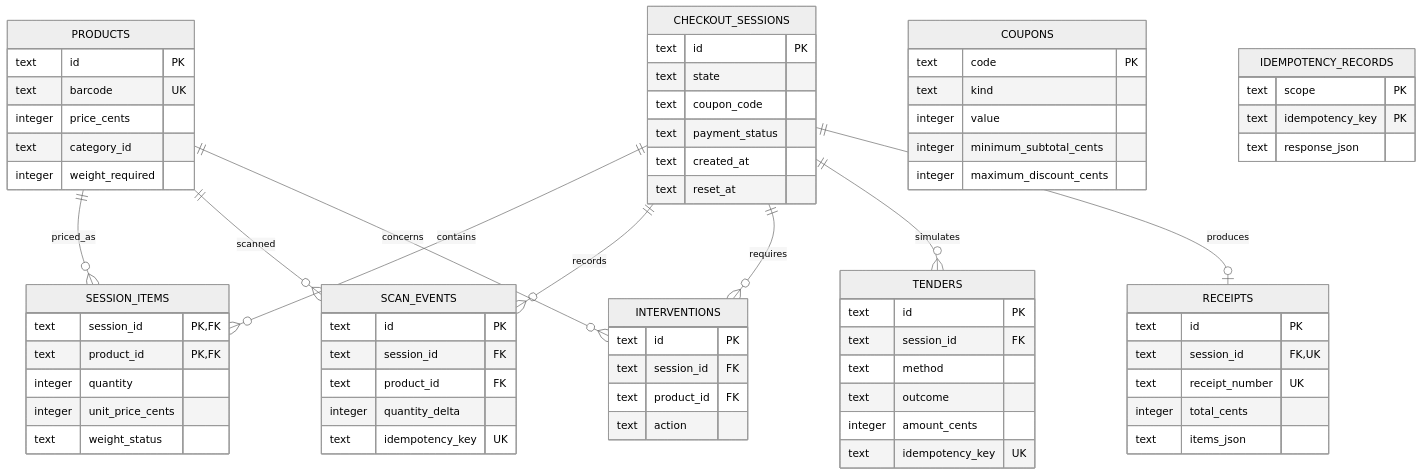
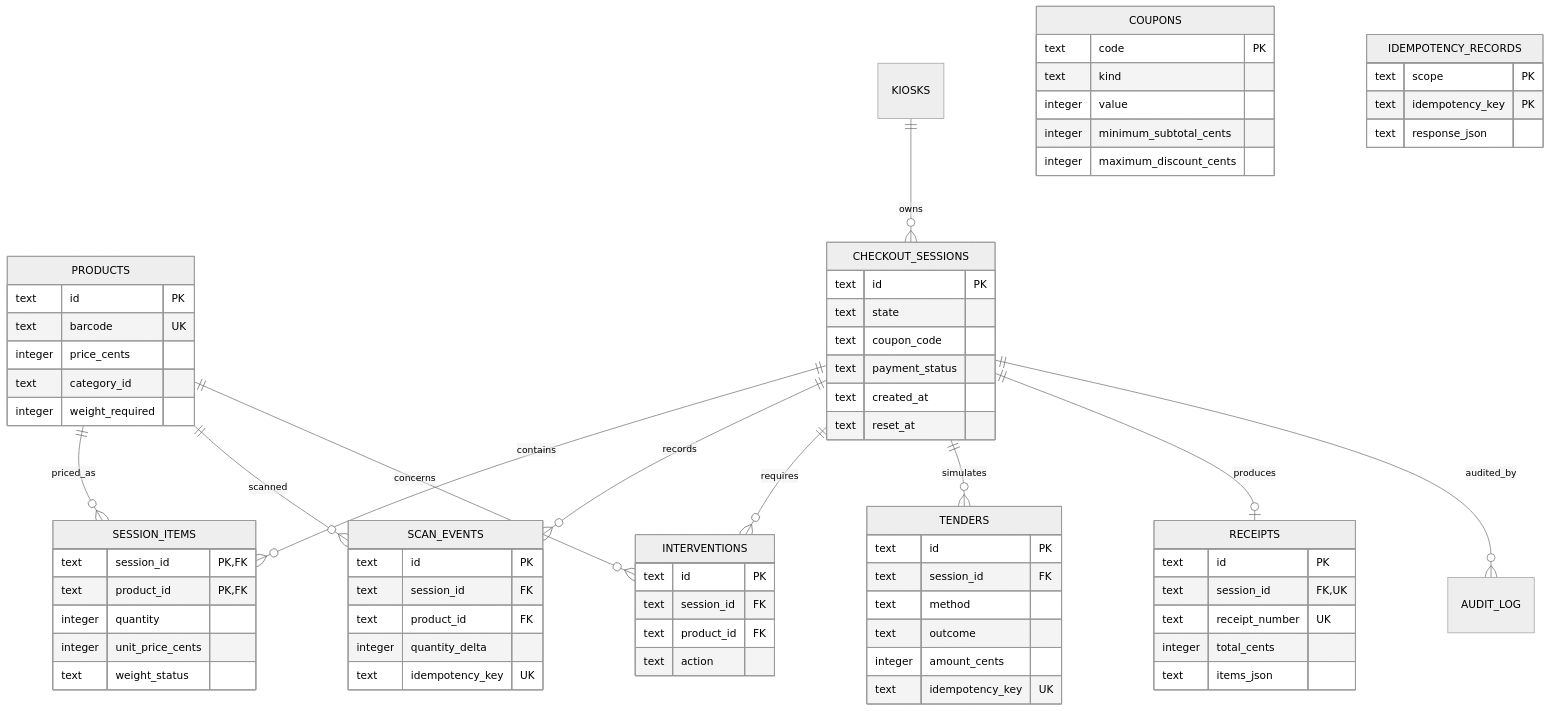
Diagram 14 of 15 in docs/architecture.md (gopichand-retail-apps/scango-backend), drawn with Mermaid (neutral theme) before and after one commit. The commit also changed other lines of this file and 25 other files, not shown here.

````diff
--- a/docs/architecture.md
+++ b/docs/architecture.md
@@ -281,73 +287,75 @@
 ```mermaid
 erDiagram
   PRODUCTS ||--o{ SESSION_ITEMS : priced_as
   CHECKOUT_SESSIONS ||--o{ SESSION_ITEMS : contains
   CHECKOUT_SESSIONS ||--o{ SCAN_EVENTS : records
   PRODUCTS ||--o{ SCAN_EVENTS : scanned
   CHECKOUT_SESSIONS ||--o{ INTERVENTIONS : requires
   PRODUCTS ||--o{ INTERVENTIONS : concerns
   CHECKOUT_SESSIONS ||--o{ TENDERS : simulates
   CHECKOUT_SESSIONS ||--o| RECEIPTS : produces
+  KIOSKS ||--o{ CHECKOUT_SESSIONS : owns
+  CHECKOUT_SESSIONS ||--o{ AUDIT_LOG : audited_by
   PRODUCTS {
     text id PK
     text barcode UK
     integer price_cents
     text category_id
     integer weight_required
   }
   COUPONS {
     text code PK
     text kind
     integer value
     integer minimum_subtotal_cents
     integer maximum_discount_cents
   }
   CHECKOUT_SESSIONS {
     text id PK
     text state
     text coupon_code
     text payment_status
     text created_at
     text reset_at
   }
   SESSION_ITEMS {
     text session_id PK, FK
     text product_id PK, FK
     integer quantity
     integer unit_price_cents
     text weight_status
   }
   SCAN_EVENTS {
     text id PK
     text session_id FK
     text product_id FK
     integer quantity_delta
     text idempotency_key UK
   }
   INTERVENTIONS {
     text id PK
     text session_id FK
     text product_id FK
     text action
   }
   TENDERS {
     text id PK
     text session_id FK
     text method
     text outcome
     integer amount_cents
     text idempotency_key UK
   }
   RECEIPTS {
     text id PK
     text session_id FK, UK
     text receipt_number UK
     integer total_cents
     text items_json
   }
   IDEMPOTENCY_RECORDS {
     text scope PK
     text idempotency_key PK
     text response_json
   }
 ```
````
